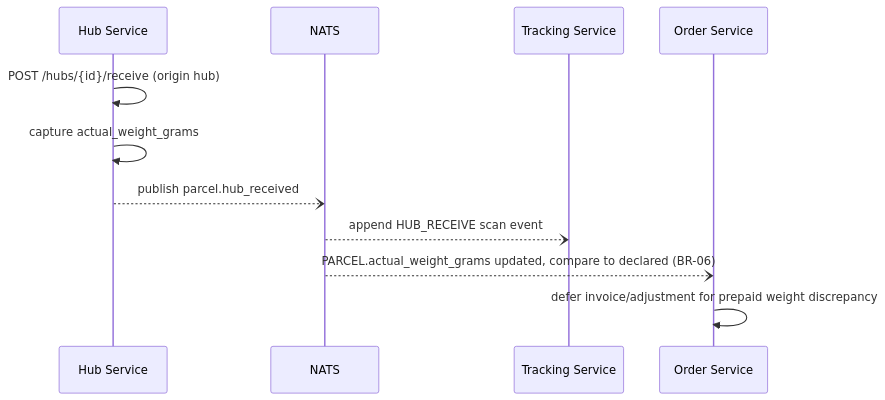
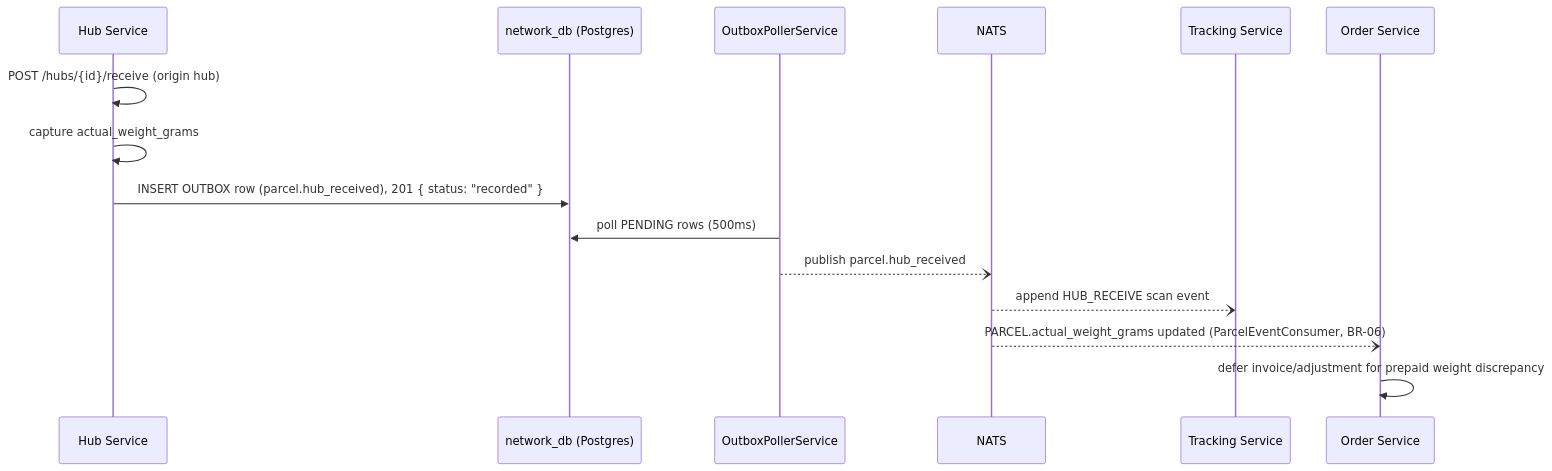
The first of 2 diagrams in shipping-system/docs/lld/hub-service.md (dunguyen-311201/nestjs), drawn with Mermaid before and after one commit. The commit also changed other lines of this file and 3 other files, not shown here.

First line of the commit message:
docs: add Hub OUTBOX schema, close the Accepted MVP risk note

````diff
--- a/shipping-system/docs/lld/hub-service.md
+++ b/shipping-system/docs/lld/hub-service.md
@@ -29,14 +32,18 @@
 ```mermaid
 sequenceDiagram
     participant Hub as Hub Service
+    participant DB as network_db (Postgres)
+    participant Poller as OutboxPollerService
     participant NATS
     participant Tracking as Tracking Service
     participant Order as Order Service
 
     Hub->>Hub: POST /hubs/{id}/receive (origin hub)
     Hub->>Hub: capture actual_weight_grams
-    Hub--)NATS: publish parcel.hub_received
+    Hub->>DB: INSERT OUTBOX row (parcel.hub_received), 201 { status: "recorded" }
+    Poller->>DB: poll PENDING rows (500ms)
+    Poller--)NATS: publish parcel.hub_received
     NATS--)Tracking: append HUB_RECEIVE scan event
-    NATS--)Order: PARCEL.actual_weight_grams updated, compare to declared (BR-06)
+    NATS--)Order: PARCEL.actual_weight_grams updated (ParcelEventConsumer, BR-06)
     Order->>Order: defer invoice/adjustment for prepaid weight discrepancy
 ```
````
